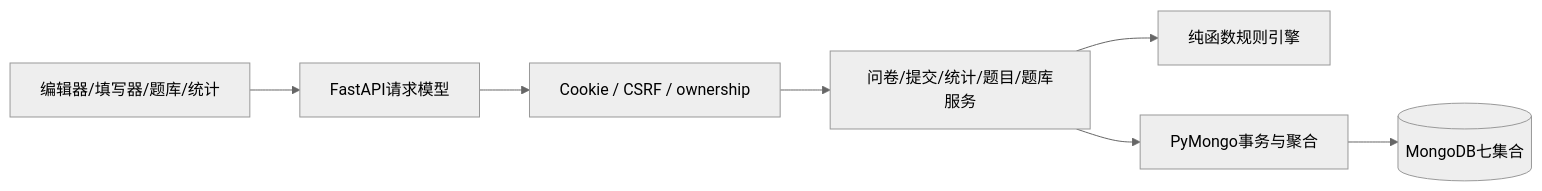
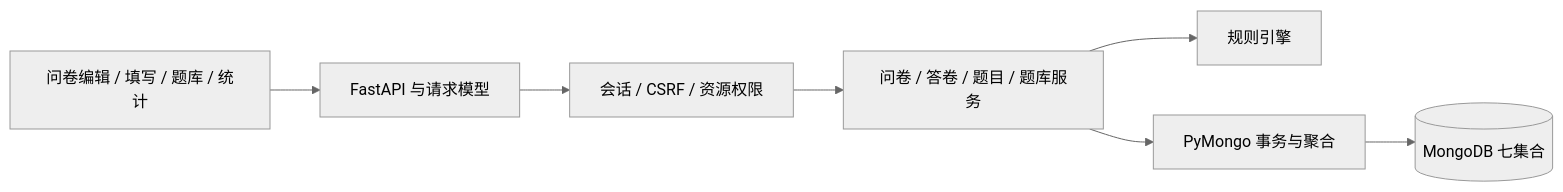
The diagram in docs/system-design.md (Luli3220/Dase_DataBase_Porject_I), drawn with Mermaid (neutral theme) before and after one commit. The commit also changed other lines of this file and 65 other files, not shown here.

````diff
--- a/docs/system-design.md
+++ b/docs/system-design.md
@@ -5,9 +5,9 @@
 ```mermaid
 flowchart LR
- UI[编辑器/填写器/题库/统计] --> API[FastAPI请求模型]
- API --> AUTH[Cookie / CSRF / ownership]
- AUTH --> SVC[问卷/提交/统计/题目/题库服务]
- SVC --> RULES[纯函数规则引擎]
- SVC --> DB[PyMongo事务与聚合]
- DB --> M[(MongoDB七集合)]
+ UI[问卷编辑 / 填写 / 题库 / 统计] --> API[FastAPI 与请求模型]
+ API --> AUTH[会话 / CSRF / 资源权限]
+ AUTH --> SVC[问卷 / 答卷 / 题目 / 题库服务]
+ SVC --> RULES[规则引擎]
+ SVC --> DB[PyMongo 事务与聚合]
+ DB --> M[(MongoDB 七集合)]
 ```
````
